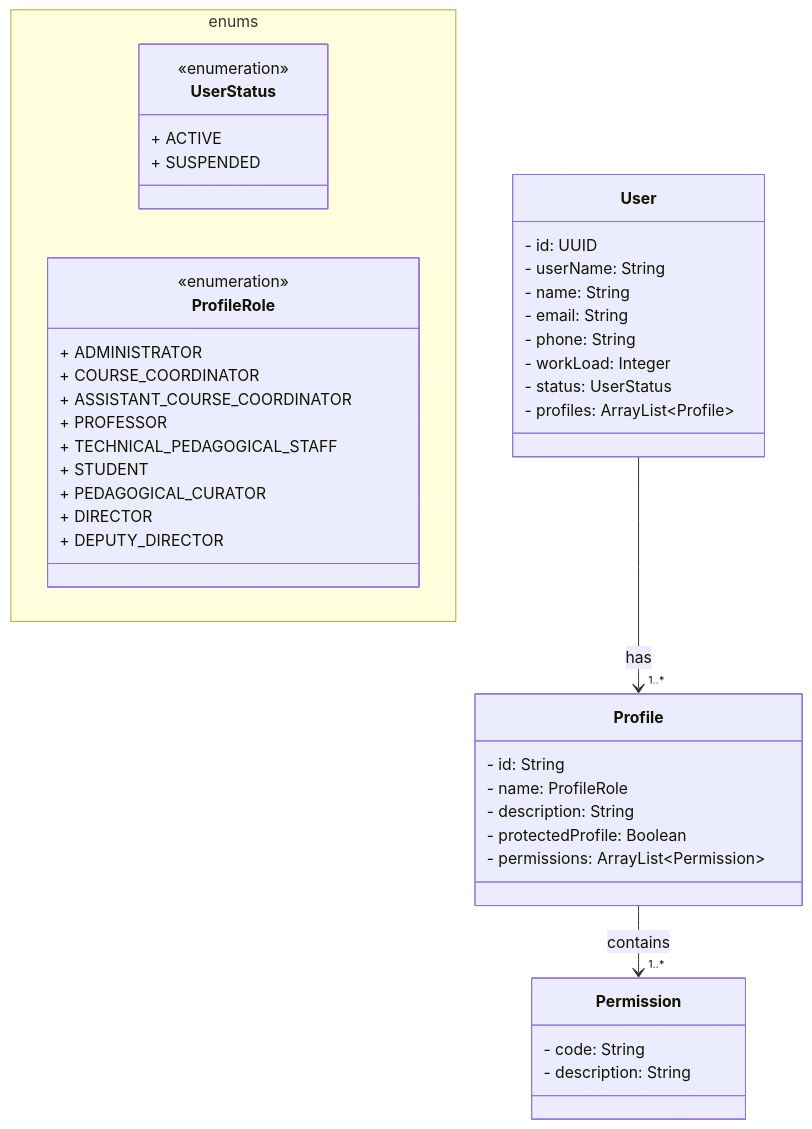
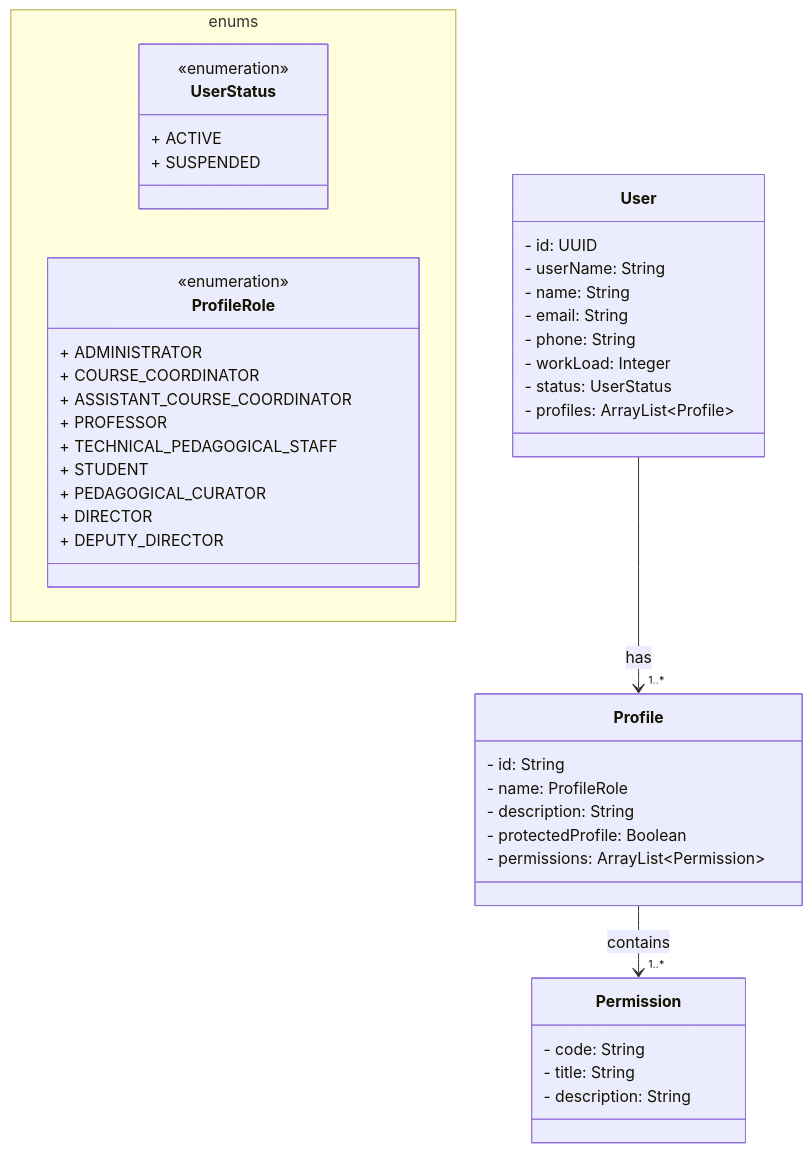
The diagram in README.md (Hafyki/SOCC-fullstack), drawn with Mermaid before and after one commit.

````diff
--- a/README.md
+++ b/README.md
@@ -18,51 +18,52 @@
 ```mermaid
 classDiagram
 direction TB
 	namespace enums {
         class UserStatus {
             + ACTIVE
             + SUSPENDED
         }
 
         class ProfileRole {
             + ADMINISTRATOR
             + COURSE_COORDINATOR
             + ASSISTANT_COURSE_COORDINATOR
             + PROFESSOR
             + TECHNICAL_PEDAGOGICAL_STAFF
             + STUDENT
             + PEDAGOGICAL_CURATOR
             + DIRECTOR
             + DEPUTY_DIRECTOR
         }
 	}
 
     class User {
 	    - id: UUID
 	    - userName: String
 	    - name: String
 	    - email: String
 	    - phone: String
 	    - workLoad: Integer
 	    - status: UserStatus
 	    - profiles: ArrayList~Profile~
     }
     class Profile {
 	    - id: String
 	    - name: ProfileRole
 	    - description: String
 	    - protectedProfile: Boolean
 	    - permissions: ArrayList~Permission~
     }
     
     class Permission {
         - code: String
+        - title: String
         - description: String
     }
     
 	<<enumeration>> UserStatus
 	<<enumeration>> ProfileRole
 
     User --> "1..*" Profile : has
     Profile --> "1..*" Permission : contains
 ```
````
